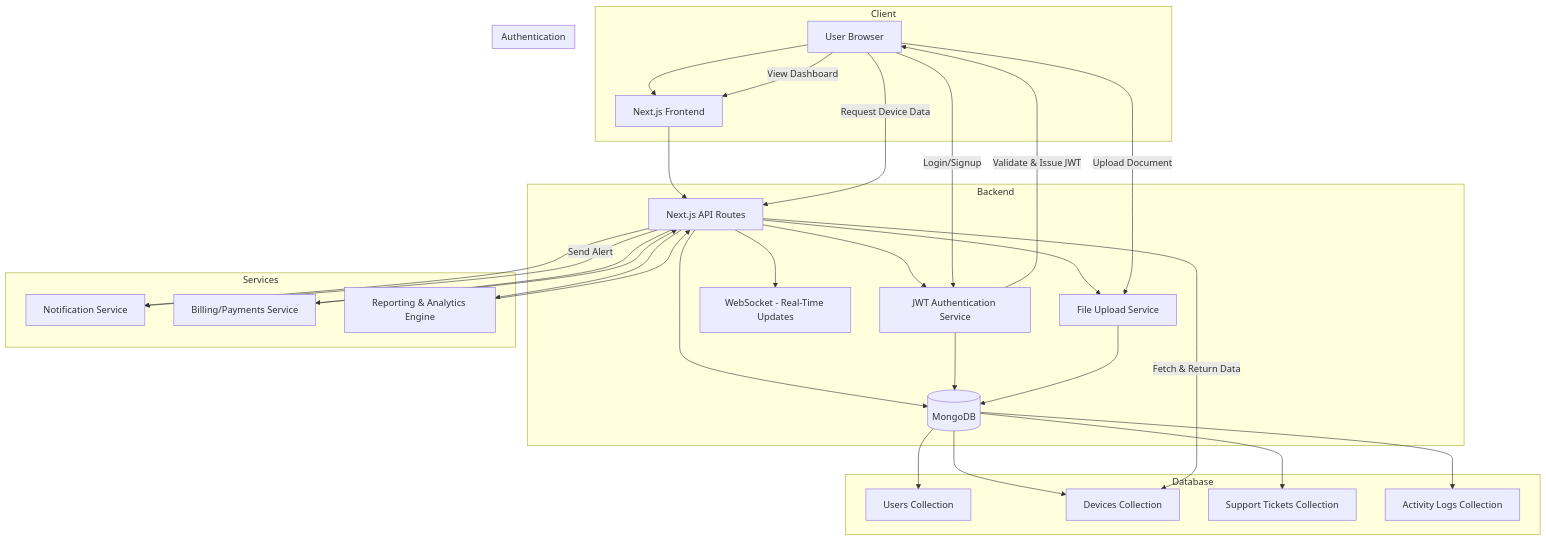
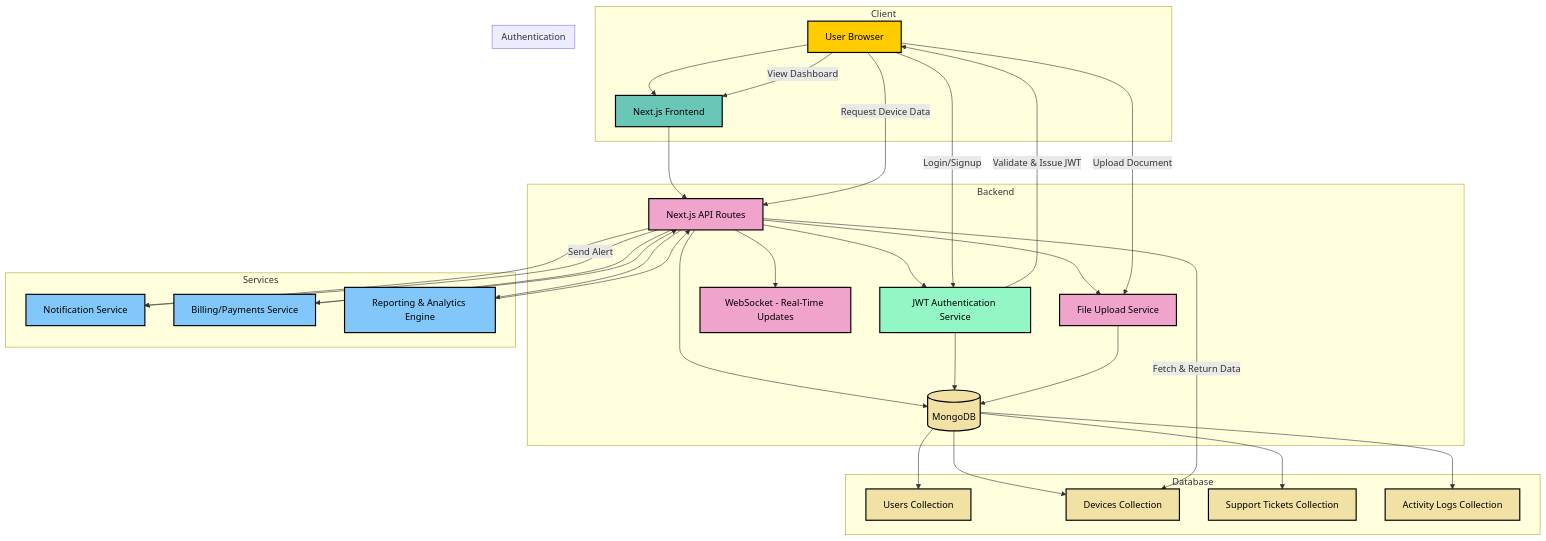
Before and after one commit to be-a-guptaji/IT-Management-System: the diagram in README.md, drawn with Mermaid.

````diff
--- a/README.md
+++ b/README.md
@@ -82,62 +82,79 @@
 ```mermaid
 graph TD
     %% ==============================
     %% CLIENT LAYER
     %% ==============================
     subgraph Client
     U[User Browser] --> F[Next.js Frontend]
     end
 
     %% ==============================
     %% BACKEND & API LAYER
     %% ==============================
     subgraph Backend
     F --> API[Next.js API Routes]
     API --> DB[(MongoDB via Mongoose)]
     API --> Auth[JWT Authentication Service]
     API --> RT[WebSocket - Real-Time Updates]
     API --> Files[File Upload Service]
     end
 
     %% ==============================
     %% AUTHENTICATION
     %% ==============================
     subgraph Authentication
     Auth --> DB
     U -->|Login/Signup| Auth
     Auth -->|Validate & Issue JWT| U
     end
 
     %% ==============================
     %% DATABASE
     %% ==============================
     subgraph Database
     DB[(MongoDB)]
     DB --> Users[Users Collection]
     DB --> Devices[Devices Collection]
     DB --> Tickets[Support Tickets Collection]
     DB --> Logs[Activity Logs Collection]
     end
 
     %% ==============================
     %% SERVICES
     %% ==============================
     subgraph Services
     API --> Notif[Notification Service]
     API --> Billing[Billing/Payments Service]
     API --> Reports[Reporting & Analytics Engine]
     end
 
     %% ==============================
     %% FLOWS
     %% ==============================
     U -->|View Dashboard| F
     U -->|Request Device Data| API
     API -->|Fetch & Return Data| Devices
     U -->|Upload Document| Files
     Files --> DB
     API -->|Send Alert| Notif
     Billing --> API
     Reports --> API
 
+    %% ==============================
+    %% STYLING
+    %% ==============================
+    classDef client fill:#6ac6b7,stroke:#000,stroke-width:2px,color:#000;
+    classDef backend fill:#f1a4cb,stroke:#000,stroke-width:2px,color:#000;
+    classDef auth fill:#92f6c5,stroke:#000,stroke-width:2px,color:#000;
+    classDef db fill:#f1e1a4,stroke:#000,stroke-width:2px,color:#000;
+    classDef services fill:#82c7f9,stroke:#000,stroke-width:2px,color:#000;
+    classDef user fill:#ffcc00,stroke:#000,stroke-width:2px,color:#000;
+
+    class U user;
+    class F client;
+    class API,RT,Files backend;
+    class Auth auth;
+    class DB,Users,Devices,Tickets,Logs db;
+    class Notif,Billing,Reports services;
+
 ```
````
